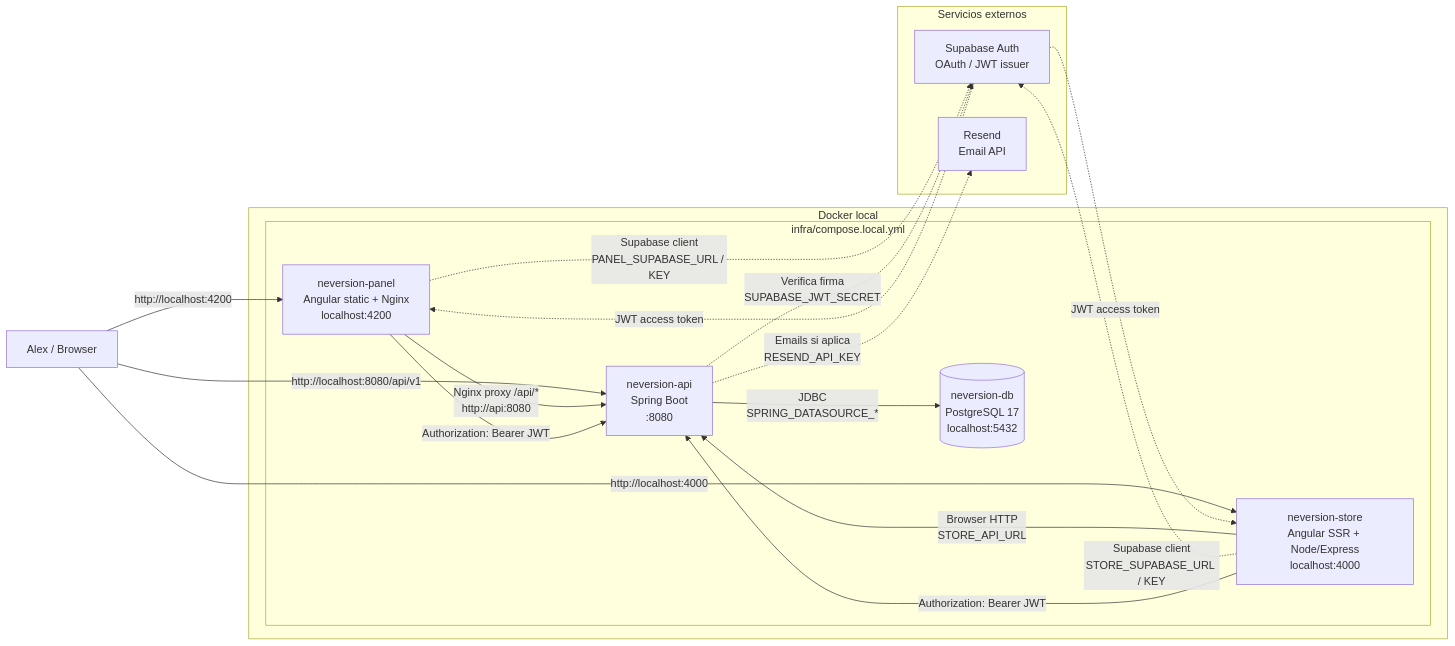
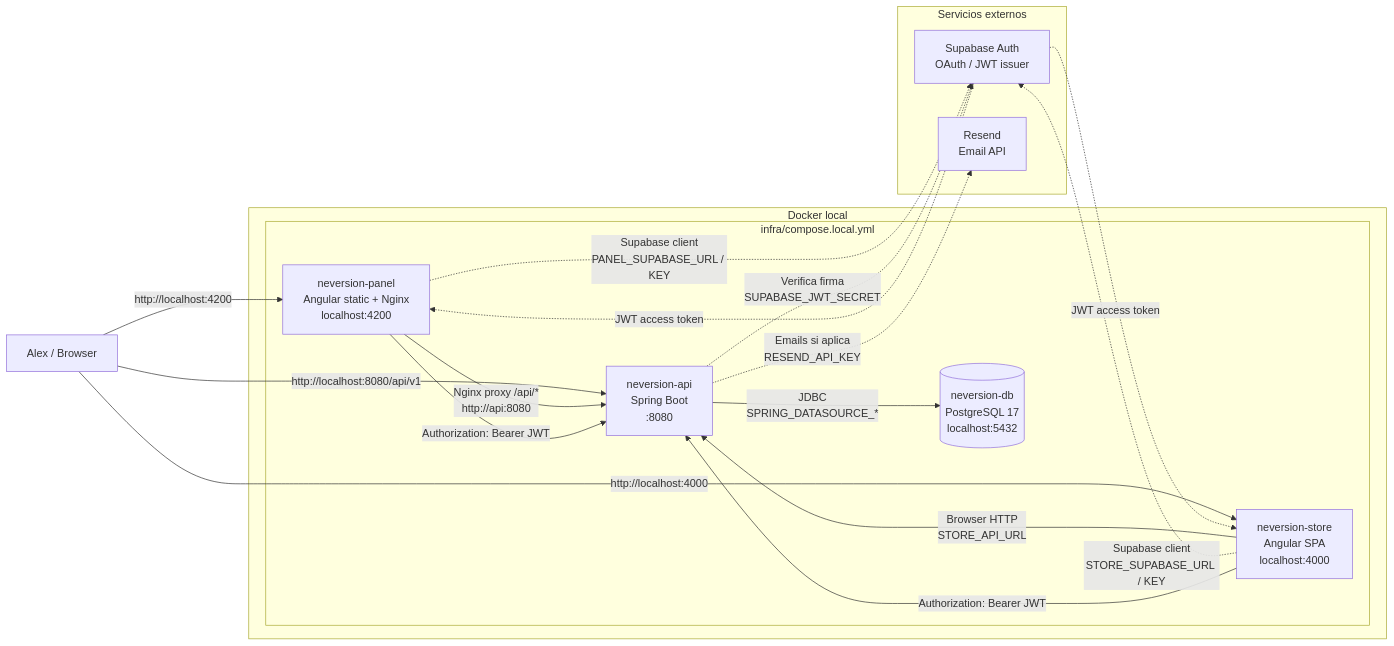
Before and after one commit to alexanderCanon/neversion: the diagram in docs/diagrams/local-docker-runtime.md, drawn with Mermaid. The commit also changed other lines of this file and 16 other files, not shown here.

````diff
--- a/docs/diagrams/local-docker-runtime.md
+++ b/docs/diagrams/local-docker-runtime.md
@@ -5,42 +5,42 @@
 ```mermaid
 flowchart LR
     Developer["Alex / Browser"]
 
     subgraph DockerHost["Docker local"]
         subgraph Compose["infra/compose.local.yml"]
             DB[("neversion-db<br/>PostgreSQL 17<br/>localhost:5432")]
 
             API["neversion-api<br/>Spring Boot<br/>:8080"]
 
             Panel["neversion-panel<br/>Angular static + Nginx<br/>localhost:4200"]
 
-            Store["neversion-store<br/>Angular SSR + Node/Express<br/>localhost:4000"]
+            Store["neversion-store<br/>Angular SPA<br/>localhost:4000"]
         end
     end
 
     subgraph External["Servicios externos"]
         SupabaseAuth["Supabase Auth<br/>OAuth / JWT issuer"]
         Resend["Resend<br/>Email API"]
     end
 
     Developer -->|"http://localhost:4200"| Panel
     Developer -->|"http://localhost:4000"| Store
     Developer -->|"http://localhost:8080/api/v1"| API
 
     Panel -->|"Nginx proxy /api/*<br/>http://api:8080"| API
     Store -->|"Browser HTTP<br/>STORE_API_URL"| API
 
     API -->|"JDBC<br/>SPRING_DATASOURCE_*"| DB
 
     Panel -.->|"Supabase client<br/>PANEL_SUPABASE_URL / KEY"| SupabaseAuth
     Store -.->|"Supabase client<br/>STORE_SUPABASE_URL / KEY"| SupabaseAuth
 
     SupabaseAuth -.->|"JWT access token"| Panel
     SupabaseAuth -.->|"JWT access token"| Store
 
     Panel -->|"Authorization: Bearer JWT"| API
     Store -->|"Authorization: Bearer JWT"| API
     API -.->|"Verifica firma<br/>SUPABASE_JWT_SECRET"| SupabaseAuth
 
     API -.->|"Emails si aplica<br/>RESEND_API_KEY"| Resend
 ```
````
